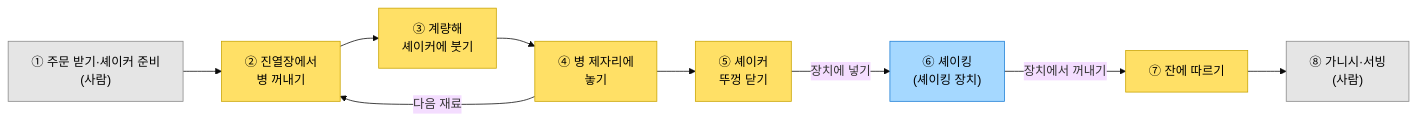
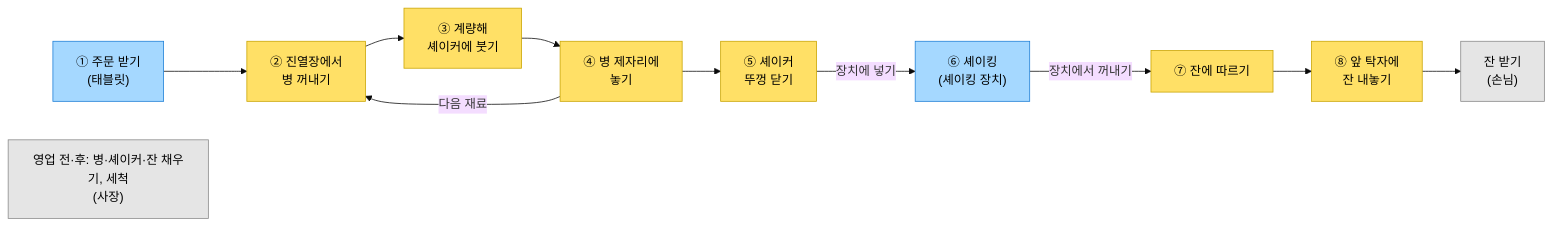
The diagram in docs/problem.md (Simotimon/project-Cocktail-robot), drawn with Mermaid (base theme) before and after one commit. The commit also changed other lines of this file and 5 other files, not shown here.

````diff
--- a/docs/problem.md
+++ b/docs/problem.md
@@ -30,17 +40,19 @@
 ```mermaid
 flowchart LR
-    S1["① 주문 받기·셰이커 준비<br/>(사람)"] --> S2["② 진열장에서<br/>병 꺼내기"]
+    S1["① 주문 받기<br/>(태블릿)"] --> S2["② 진열장에서<br/>병 꺼내기"]
     S2 --> S3["③ 계량해<br/>셰이커에 붓기"]
     S3 --> S4["④ 병 제자리에<br/>놓기"]
     S4 -- "다음 재료" --> S2
     S4 --> S5["⑤ 셰이커<br/>뚜껑 닫기"]
     S5 -- "장치에 넣기" --> S6["⑥ 셰이킹<br/>(셰이킹 장치)"]
     S6 -- "장치에서 꺼내기" --> S7["⑦ 잔에 따르기"]
-    S7 --> S8["⑧ 가니시·서빙<br/>(사람)"]
+    S7 --> S8["⑧ 앞 탁자에<br/>잔 내놓기"]
+    S8 --> C["잔 받기<br/>(손님)"]
+    P["영업 전·후: 병·셰이커·잔 채우기, 세척<br/>(사장)"]
     classDef human fill:#e5e5e5,stroke:#888888,color:#000000
     classDef robot fill:#ffe066,stroke:#c9a400,color:#000000
     classDef device fill:#a5d8ff,stroke:#1c7ed6,color:#000000
-    class S1,S8 human
-    class S2,S3,S4,S5,S7 robot
-    class S6 device
+    class C,P human
+    class S2,S3,S4,S5,S7,S8 robot
+    class S1,S6 device
 ```
````
